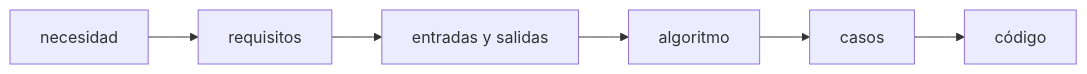
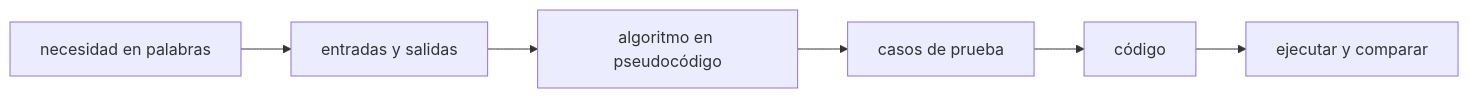
One commit to NICORUIZ93/The_Imperial_Book changed the first of 11 diagrams in web/public/content/foundations/modulo-1.md. Above: the diagram before and after it, drawn with Mermaid. The commit also changed other lines of this file, not shown here.

````diff
--- a/web/public/content/foundations/modulo-1.md
+++ b/web/public/content/foundations/modulo-1.md
@@ -18,5 +84,8 @@
 ```mermaid
 flowchart LR
-    NEED["necesidad"] --> REQ["requisitos"] --> IO["entradas y salidas"]
-    IO --> ALG["algoritmo"] --> CASES["casos"] --> CODE["código"]
+    NEED["necesidad en palabras"] --> IO["entradas y salidas"]
+    IO --> ALG["algoritmo en pseudocódigo"]
+    ALG --> CASES["casos de prueba"]
+    CASES --> CODE["código"]
+    CODE --> RUN["ejecutar y comparar"]
 ```
````
